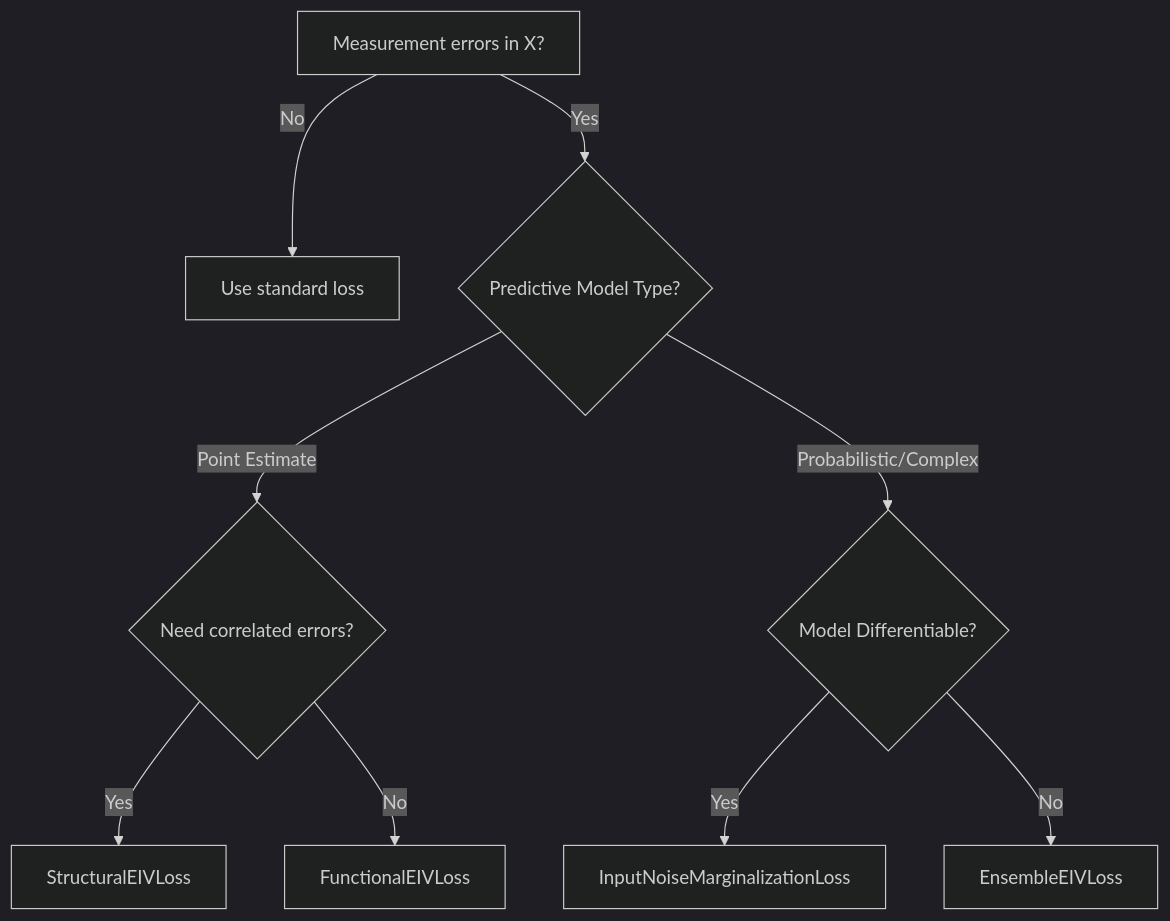
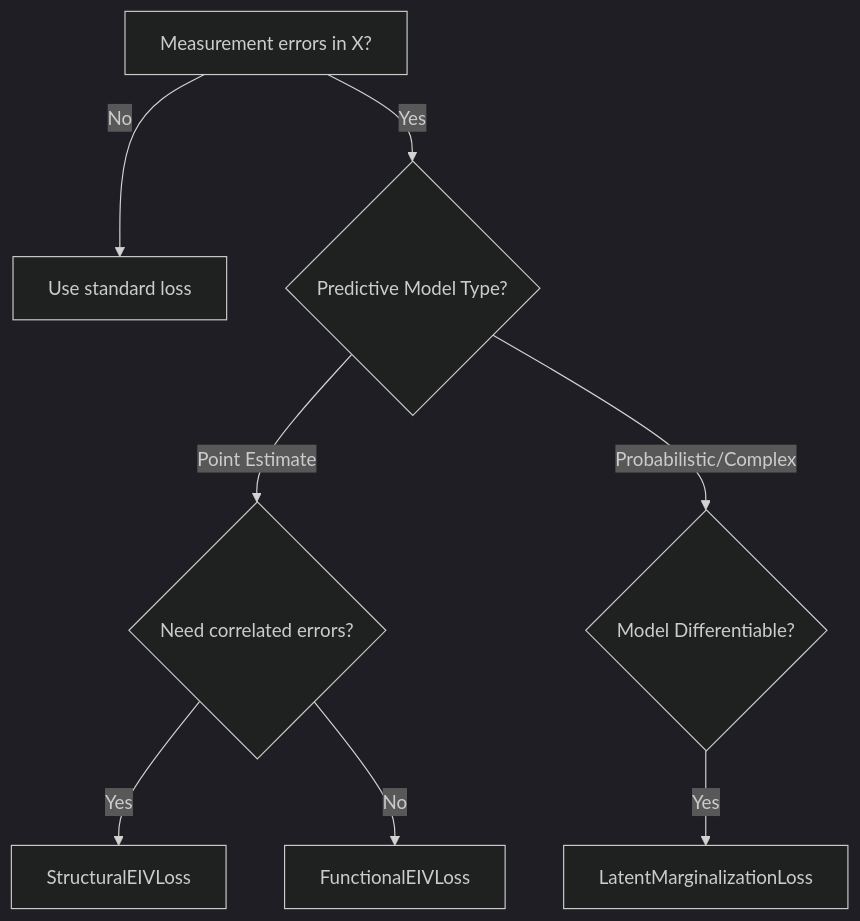
One commit to astroai/torchregress changed the diagram in docs/losses/eiv.md. Above: the diagram before and after it, drawn with Mermaid (dark theme). The commit also changed other lines of this file and 116 other files, not shown here.

````diff
--- a/docs/losses/eiv.md
+++ b/docs/losses/eiv.md
@@ -202,11 +201,10 @@
 ```mermaid
 graph TD
     A["Measurement errors in X?"] -->|No| B["Use standard loss"]
     A -->|Yes| C{"Predictive Model Type?"}
     C -->|Point Estimate| D{"Need correlated errors?"}
     D -->|Yes| E["StructuralEIVLoss"]
     D -->|No| F["FunctionalEIVLoss"]
     C -->|Probabilistic/Complex| G{"Model Differentiable?"}
-    G -->|Yes| H["InputNoiseMarginalizationLoss"]
-    G -->|No| I["EnsembleEIVLoss"]
+    G -->|Yes| H["LatentMarginalizationLoss"]
 ```
````
